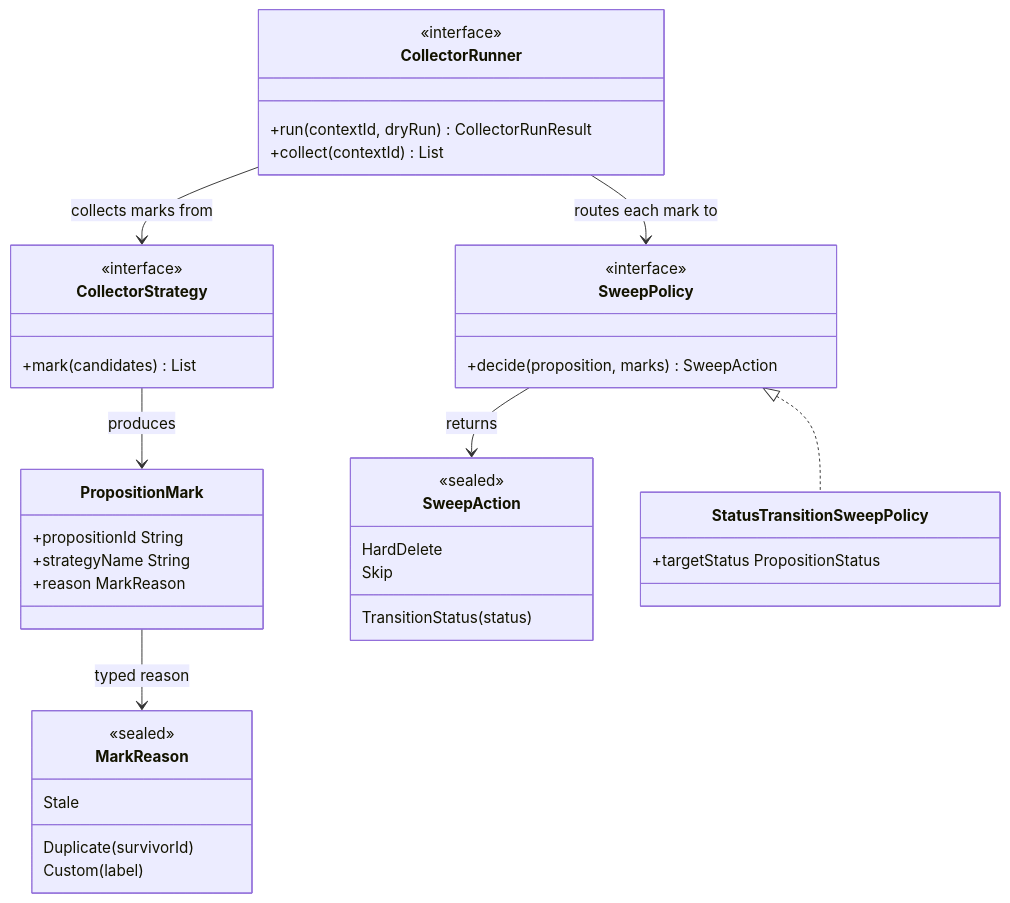
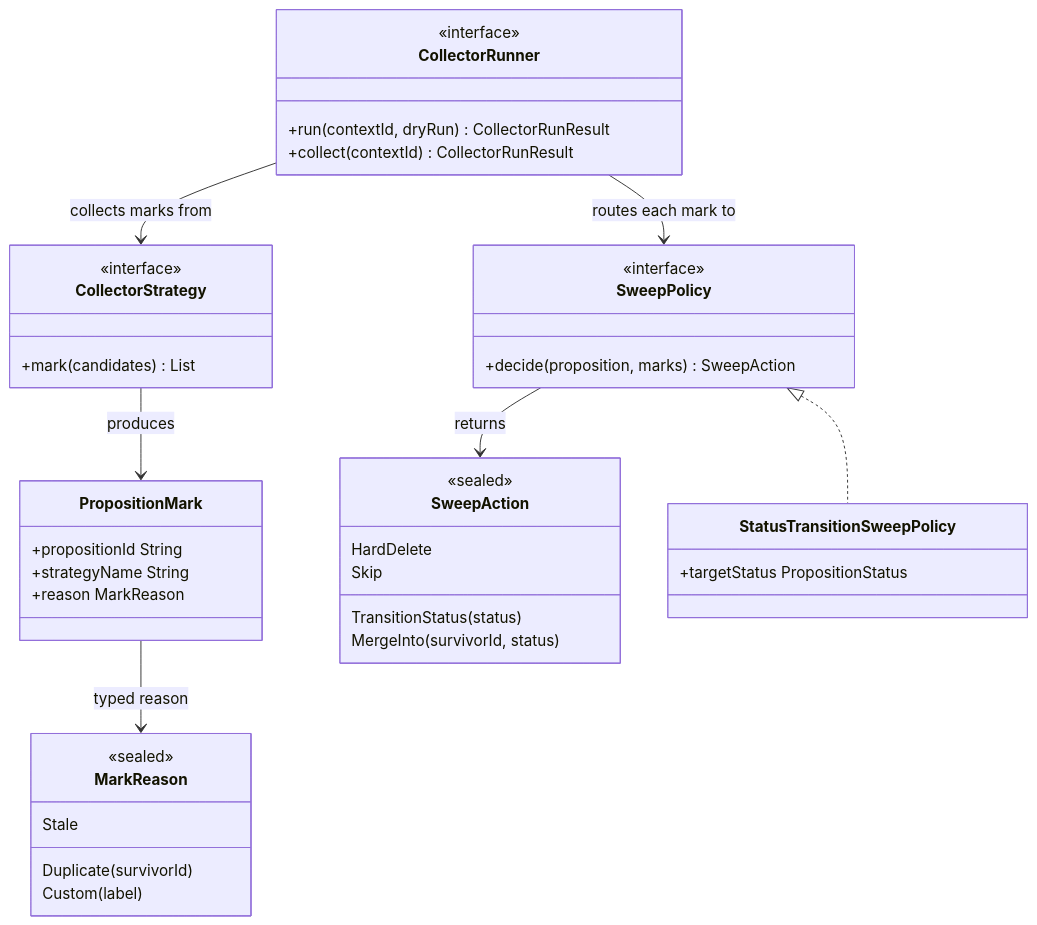
One commit to embabel/dice changed the second of 5 diagrams in docs/design/reclamation-and-collector.md. Above: the diagram before and after it, drawn with Mermaid. The commit also changed other lines of this file and 19 other files, not shown here.

````diff
--- a/docs/design/reclamation-and-collector.md
+++ b/docs/design/reclamation-and-collector.md
@@ -30,42 +32,43 @@
 ```mermaid
 classDiagram
     class CollectorRunner {
         <<interface>>
         +run(contextId, dryRun) CollectorRunResult
-        +collect(contextId) List
+        +collect(contextId) CollectorRunResult
     }
     class CollectorStrategy {
         <<interface>>
         +mark(candidates) List
     }
     class PropositionMark {
         +propositionId String
         +strategyName String
         +reason MarkReason
     }
     class MarkReason {
         <<sealed>>
         Stale
         Duplicate(survivorId)
         Custom(label)
     }
     class SweepPolicy {
         <<interface>>
         +decide(proposition, marks) SweepAction
     }
     class SweepAction {
         <<sealed>>
         TransitionStatus(status)
+        MergeInto(survivorId, status)
         HardDelete
         Skip
     }
     class StatusTransitionSweepPolicy {
         +targetStatus PropositionStatus
     }
     CollectorRunner --> CollectorStrategy : collects marks from
     CollectorRunner --> SweepPolicy : routes each mark to
     CollectorStrategy --> PropositionMark : produces
     PropositionMark --> MarkReason : typed reason
     SweepPolicy --> SweepAction : returns
     SweepPolicy <|.. StatusTransitionSweepPolicy
 ```
````
